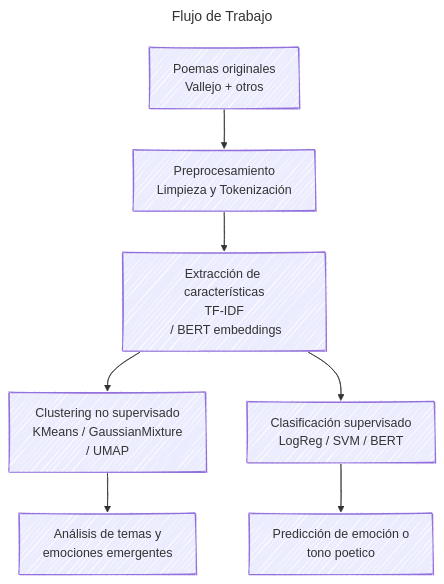
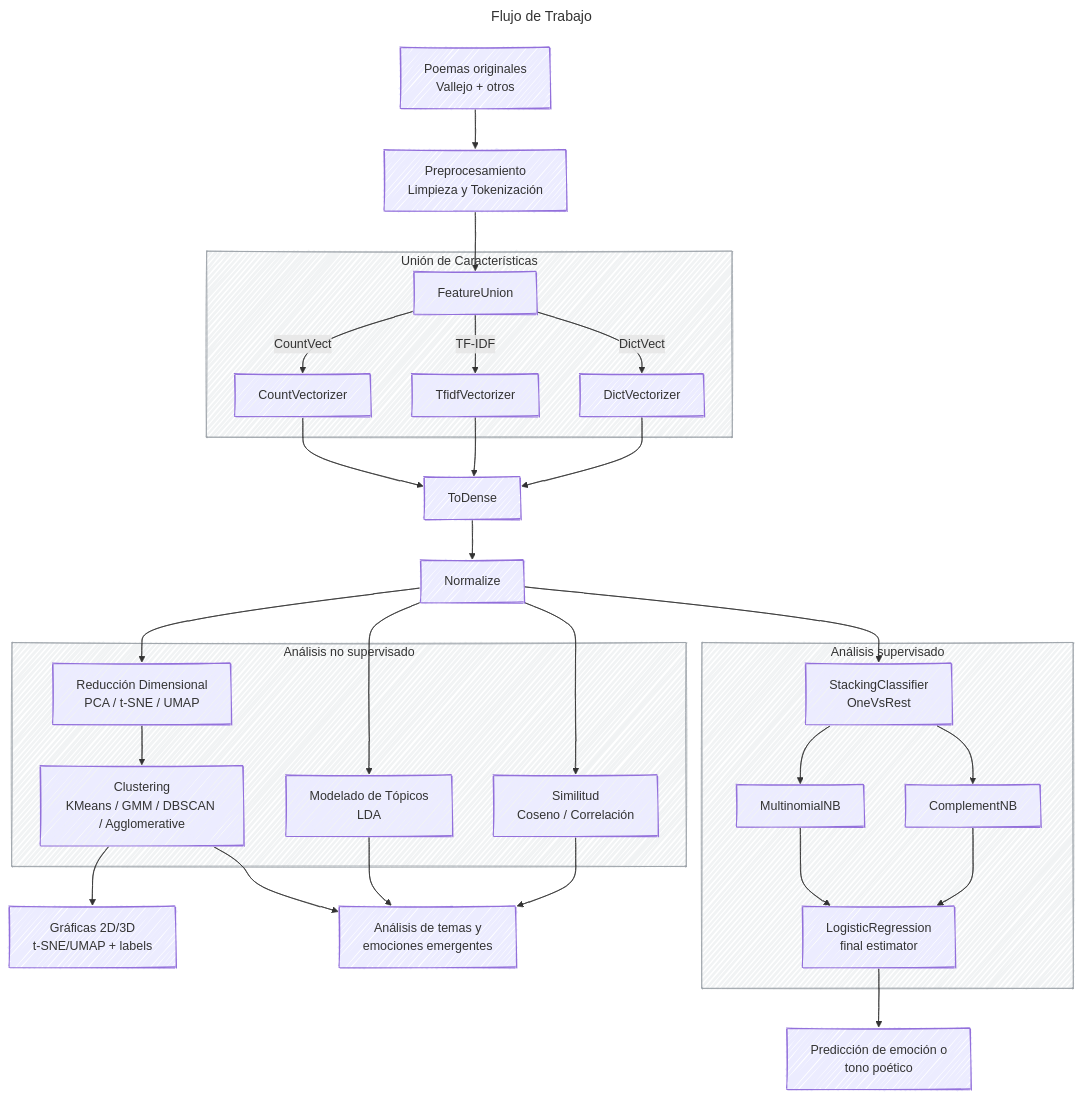
One commit to HubertRonald/VersoVector changed the diagram in README.md. Above: the diagram before and after it, drawn with Mermaid. The commit also changed other lines of this file, not shown here.

Commit message:
Workflow

````diff
--- a/README.md
+++ b/README.md
@@ -49,20 +49,64 @@
 ```mermaid
 ---
 title: Flujo de Trabajo
 ---
 %%{init: {
     'look':'handDrawn',
     'theme':'default',
     'flowchart': {
       'layoutDirection': "TD"
     }
   }
 }%%
 flowchart
     A[Poemas originales<br>Vallejo + otros] --> B[Preprocesamiento<br>Limpieza y Tokenización]
-    B --> C[Extracción de características<br>TF-IDF<br> / BERT embeddings]
-    C --> D1[Clustering no supervisado<br>KMeans / GaussianMixture<br>/ UMAP]
-    C --> D2[Clasificación supervisado<br>LogReg / SVM / BERT]
-    D1 --> E1[Análisis de temas y<br>emociones emergentes]
-    D2 --> E2[Predicción de emoción o<br>tono poetico]
+
+    %% Representación expandida
+    B --> S2[FeatureUnion]
+
+    subgraph FeatureUnion["Unión de Características"]
+    S2 -->|CountVect| S21[CountVectorizer]
+    S2 -->|TF-IDF| S22[TfidfVectorizer]
+    S2 -->|DictVect| S23[DictVectorizer]
+    end
+
+    %% unión de features
+    S21 --> S3[ToDense]
+    S22 --> S3[ToDense]
+    S23 --> S3[ToDense]
+    S3 --> S4[Normalize]
+
+    %% Ramas no supervisadas
+    S4 --> D[Reducción Dimensional<br>PCA / t-SNE / UMAP]
+    S4 --> F[Modelado de Tópicos<br>LDA]
+    S4 --> G[Similitud<br>Coseno / Correlación]
+
+    subgraph Clustering["Análisis no supervisado"]
+    
+    D --> E[Clustering<br>KMeans / GMM / DBSCAN / Agglomerative]
+    F[Modelado de Tópicos<br>LDA]
+    G[Similitud<br>Coseno / Correlación]
+    end
+    E --> H1[Gráficas 2D/3D<br>t-SNE/UMAP + labels]
+    F --> H2
+    G --> H2
+    E --> H2[Análisis de temas y<br>emociones emergentes]
+    
+
+    %% Rama supervisada detallada
+    S4 --> S5[StackingClassifier<br>OneVsRest]
+
+    subgraph Stacking["Análisis supervisado"]
+    S5 --> S51[MultinomialNB]
+    S5 --> S52[ComplementNB]
+    S51 --> S6[LogisticRegression<br>final estimator]
+    S52 --> S6[LogisticRegression<br>final estimator]
+    end
+
+    S6 --> E2[Predicción de emoción o<br>tono poético]
+
+    %% === Estilos de subgraphs (fondos grises claros) ===
+    style FeatureUnion fill:#F1F3F4,stroke:#9AA0A6,stroke-width:1px
+    style Stacking fill:#F1F3F4,stroke:#9AA0A6,stroke-width:1px
+    style Clustering fill:#F1F3F4,stroke:#9AA0A6,stroke-width:1px
 ```
````
